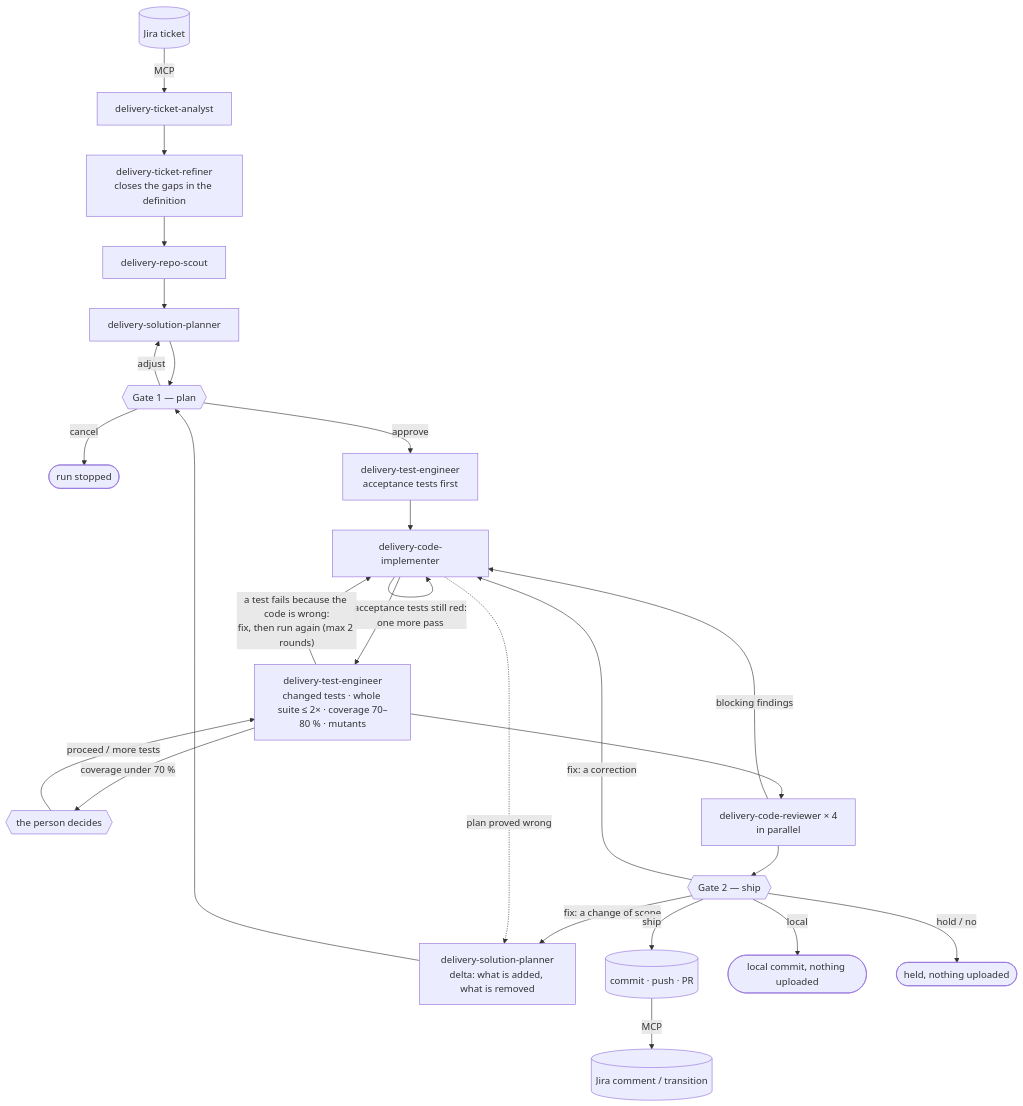
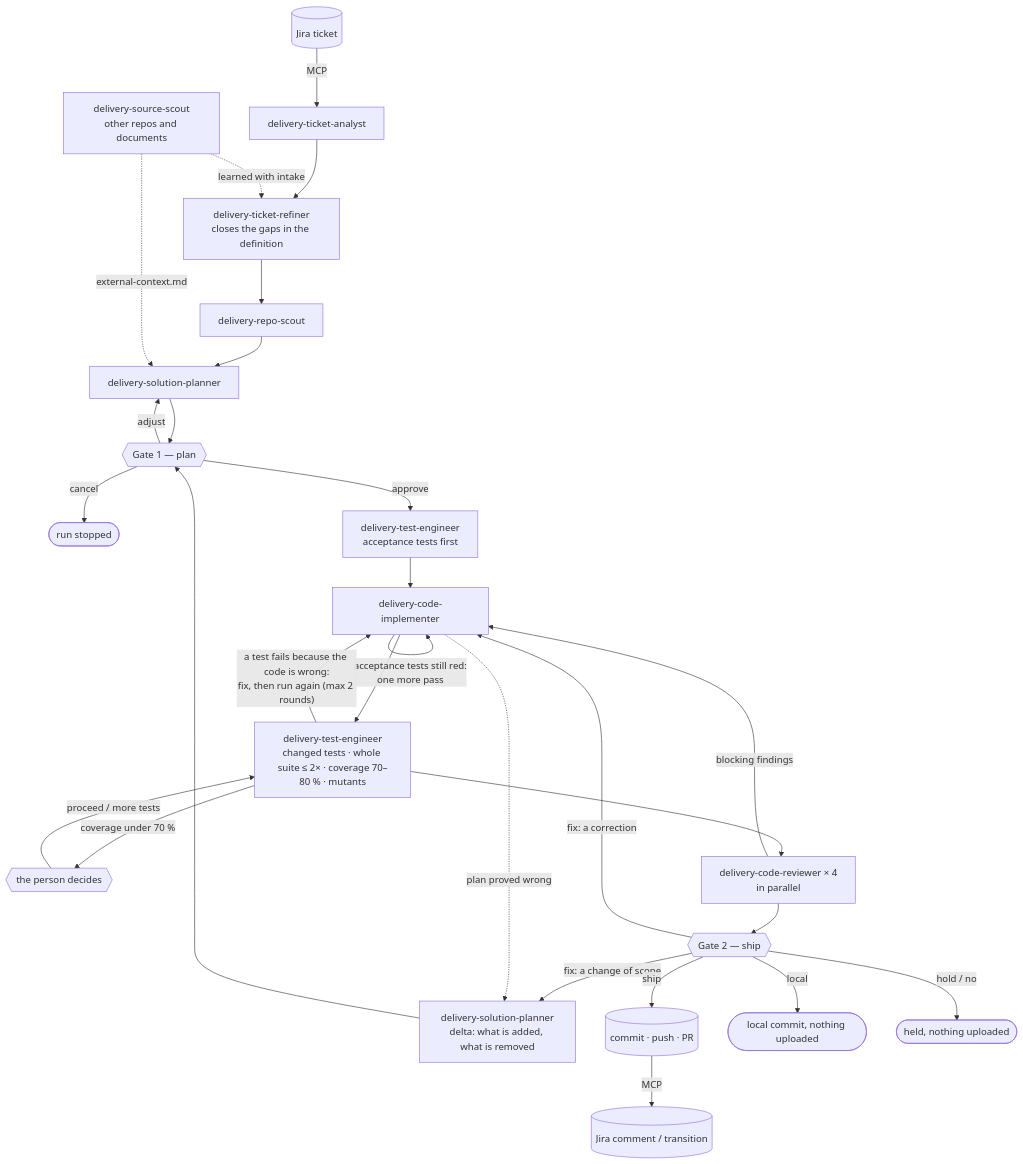
Before and after one commit to grananda/ai-enabler: the diagram in README.md, drawn with Mermaid. The commit also changed other lines of this file and 31 other files, not shown here.

First line of the commit message:
feat(ai-enabler): external sources of context, read-only

````diff
--- a/README.md
+++ b/README.md
@@ -14,28 +14,30 @@
 ```mermaid
 flowchart TD
     J[(Jira ticket)] -->|MCP| A[delivery-ticket-analyst]
     A --> RF["delivery-ticket-refiner<br/>closes the gaps in the definition"]
+    SS["delivery-source-scout<br/>other repos and documents"] -.->|learned with intake| RF
     RF --> S[delivery-repo-scout]
     S --> P[delivery-solution-planner]
+    SS -.->|external-context.md| P
     P --> G1{{"Gate 1 — plan"}}
     G1 -->|adjust| P
     G1 -->|cancel| X([run stopped])
     G1 -->|approve| AT["delivery-test-engineer<br/>acceptance tests first"]
     AT --> I[delivery-code-implementer]
     I -->|"acceptance tests still red:<br/>one more pass"| I
     I --> T["delivery-test-engineer<br/>changed tests · whole suite ≤ 2× · coverage 70–80 % · mutants"]
     T -->|"a test fails because the code is wrong:<br/>fix, then run again (max 2 rounds)"| I
     T -->|"coverage under 70 %"| CV{{"the person decides"}}
     CV -->|"proceed / more tests"| T
     T --> R["delivery-code-reviewer × 4<br/>in parallel"]
     R -->|blocking findings| I
     R --> G2{{"Gate 2 — ship"}}
     G2 -->|"fix: a correction"| I
     G2 -->|"fix: a change of scope"| DL["delivery-solution-planner<br/>delta: what is added, what is removed"]
     I -.->|plan proved wrong| DL
     DL --> G1
     G2 -->|ship| PR[(commit · push · PR)]
     PR -->|MCP| JU[(Jira comment / transition)]
     G2 -->|local| LC([local commit, nothing uploaded])
     G2 -->|"hold / no"| H([held, nothing uploaded])
 ```
````
